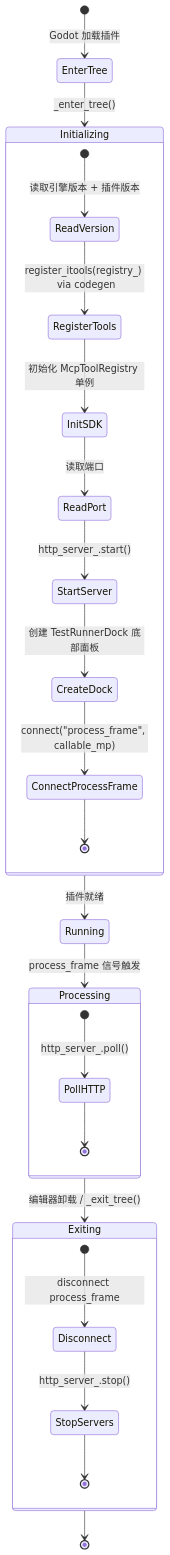
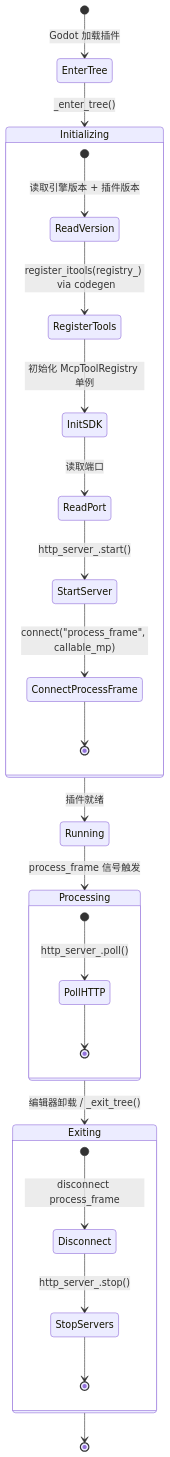
The diagram in .repo_wiki/modules/editor-plugin.md (jesspig/GodotMCP-GDExtension), drawn with Mermaid before and after one commit. The commit also changed 10 other files, not shown here.

````diff
--- a/.repo_wiki/modules/editor-plugin.md
+++ b/.repo_wiki/modules/editor-plugin.md
@@ -7,36 +7,35 @@
 ```mermaid
 stateDiagram-v2
     [*] --> EnterTree: Godot 加载插件
     
     EnterTree --> Initializing: _enter_tree()
     
     state Initializing {
         [*] --> ReadVersion: 读取引擎版本 + 插件版本
         ReadVersion --> RegisterTools: register_itools(registry_)  via codegen
         RegisterTools --> InitSDK: 初始化 McpToolRegistry 单例
         InitSDK --> ReadPort: 读取端口
         ReadPort --> StartServer: http_server_.start()
-        StartServer --> CreateDock: 创建 TestRunnerDock 底部面板
-        CreateDock --> ConnectProcessFrame: connect("process_frame", callable_mp)
+        StartServer --> ConnectProcessFrame: connect("process_frame", callable_mp)
         ConnectProcessFrame --> [*]
     }
     
     Initializing --> Running: 插件就绪
     
     Running --> Processing: process_frame 信号触发
     
     state Processing {
         [*] --> PollHTTP: http_server_.poll()
         PollHTTP --> [*]
     }
     
     Processing --> Exiting: 编辑器卸载 / _exit_tree()
     
     state Exiting {
         [*] --> Disconnect: disconnect process_frame
         Disconnect --> StopServers: http_server_.stop()
         StopServers --> [*]
     }
     
     Exiting --> [*]
 ```
````
